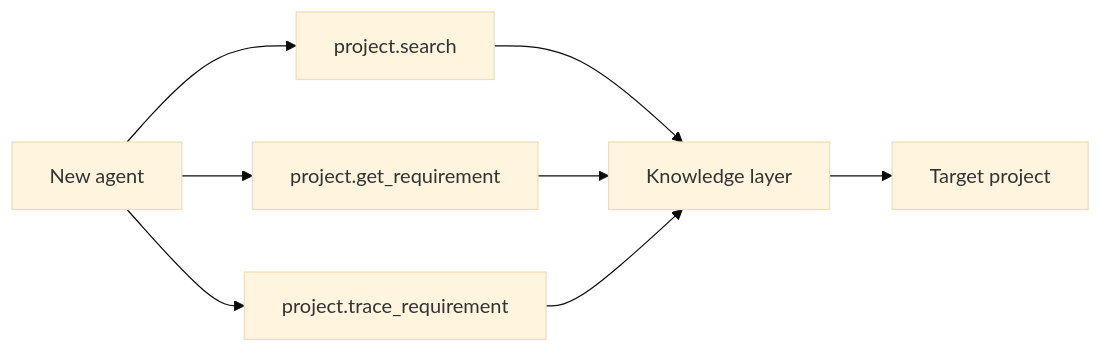
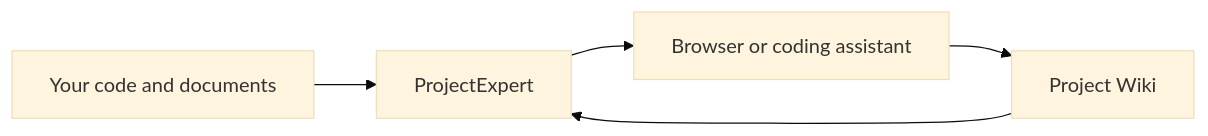
The diagram in README.md (Shkirmantsev/ProjectExpert), drawn with Mermaid (base theme) before and after one commit. The commit also changed other lines of this file and 3 other files, not shown here.

First line of the commit message:
docs: rewrite the README and add the user, architecture and research guides

````diff
--- a/README.md
+++ b/README.md
@@ -42,10 +11,7 @@
 ```mermaid
 flowchart LR
-    A[New agent] --> Q1[project.search]
-    A --> Q2[project.get_requirement]
-    A --> Q3[project.trace_requirement]
-    Q1 --> K[Knowledge layer]
-    Q2 --> K
-    Q3 --> K
-    K --> P[Target project]
+    P[Your code and documents] --> E[ProjectExpert]
+    E --> U[Browser or coding assistant]
+    U --> W[Project Wiki]
+    W --> E
 ```
````
